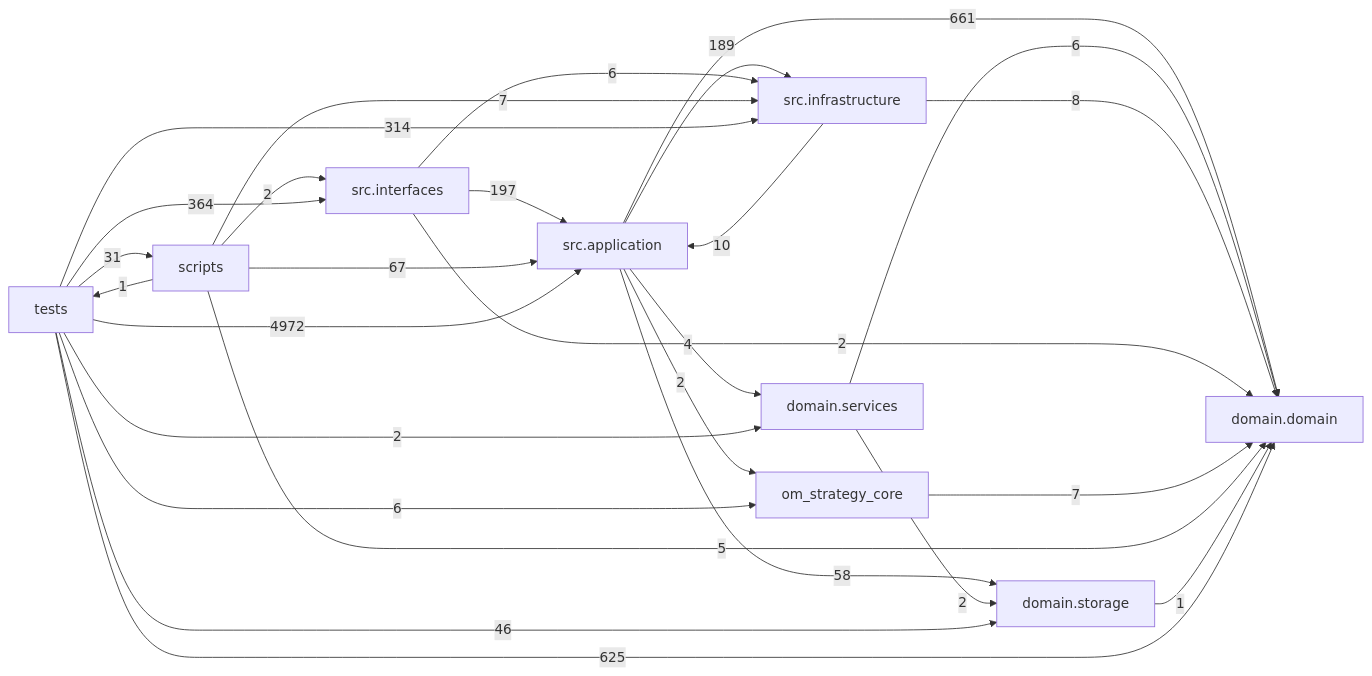
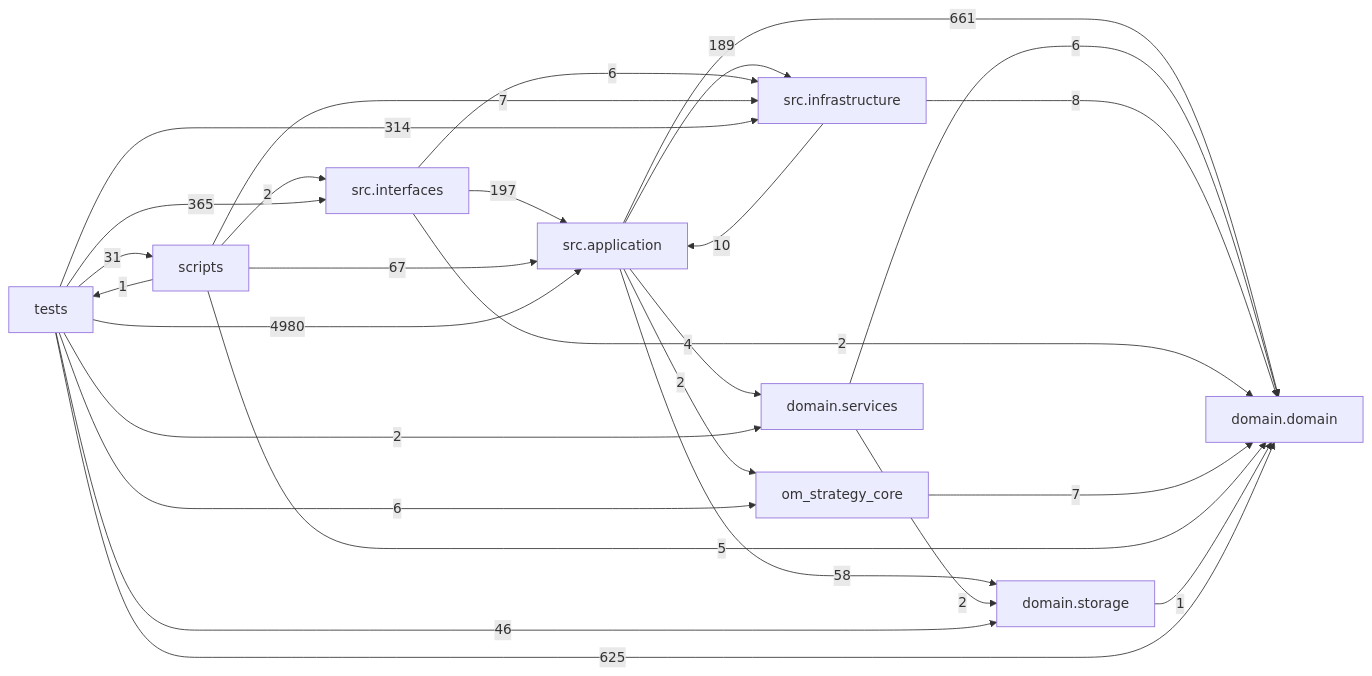
The diagram in docs/DEPENDENCY_GRAPH.md (liuxie066/options-monitor), drawn with Mermaid before and after one commit. The commit also changed other lines of this file and 8 other files, not shown here.

````diff
--- a/docs/DEPENDENCY_GRAPH.md
+++ b/docs/DEPENDENCY_GRAPH.md
@@ -24,38 +24,38 @@
 ```mermaid
 flowchart LR
   tests["tests"]
   scripts["scripts"]
   interfaces["src.interfaces"]
   application["src.application"]
   infrastructure["src.infrastructure"]
   domain_services["domain.services"]
   domain["domain.domain"]
   storage["domain.storage"]
   application -->|661| domain
   application -->|4| domain_services
   application -->|189| infrastructure
   application -->|2| om_strategy_core
   application -->|58| storage
   domain_services -->|6| domain
   domain_services -->|2| storage
   infrastructure -->|10| application
   infrastructure -->|8| domain
   interfaces -->|197| application
   interfaces -->|2| domain
   interfaces -->|6| infrastructure
   om_strategy_core -->|7| domain
   scripts -->|67| application
   scripts -->|5| domain
   scripts -->|7| infrastructure
   scripts -->|2| interfaces
   scripts -->|1| tests
   storage -->|1| domain
-  tests -->|4972| application
+  tests -->|4980| application
   tests -->|625| domain
   tests -->|2| domain_services
   tests -->|314| infrastructure
-  tests -->|364| interfaces
+  tests -->|365| interfaces
   tests -->|6| om_strategy_core
   tests -->|31| scripts
   tests -->|46| storage
 ```
````
